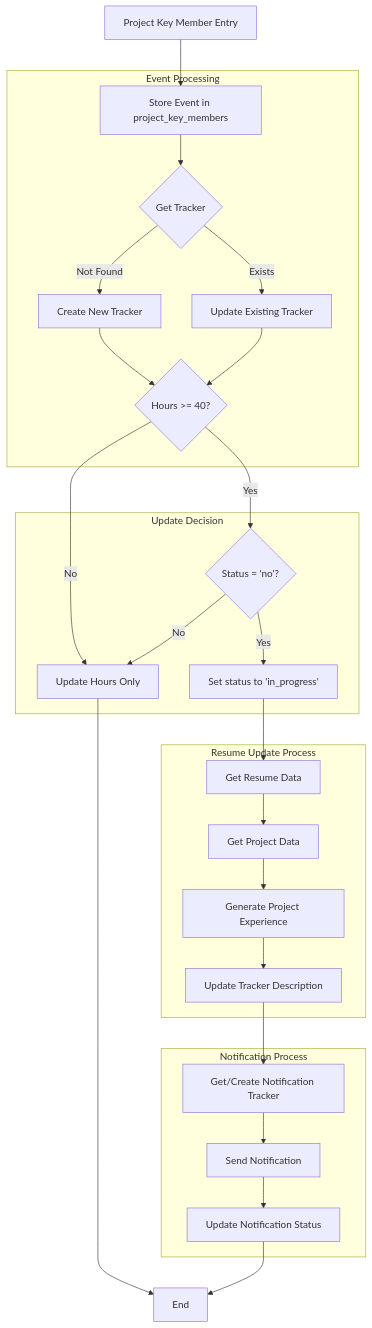
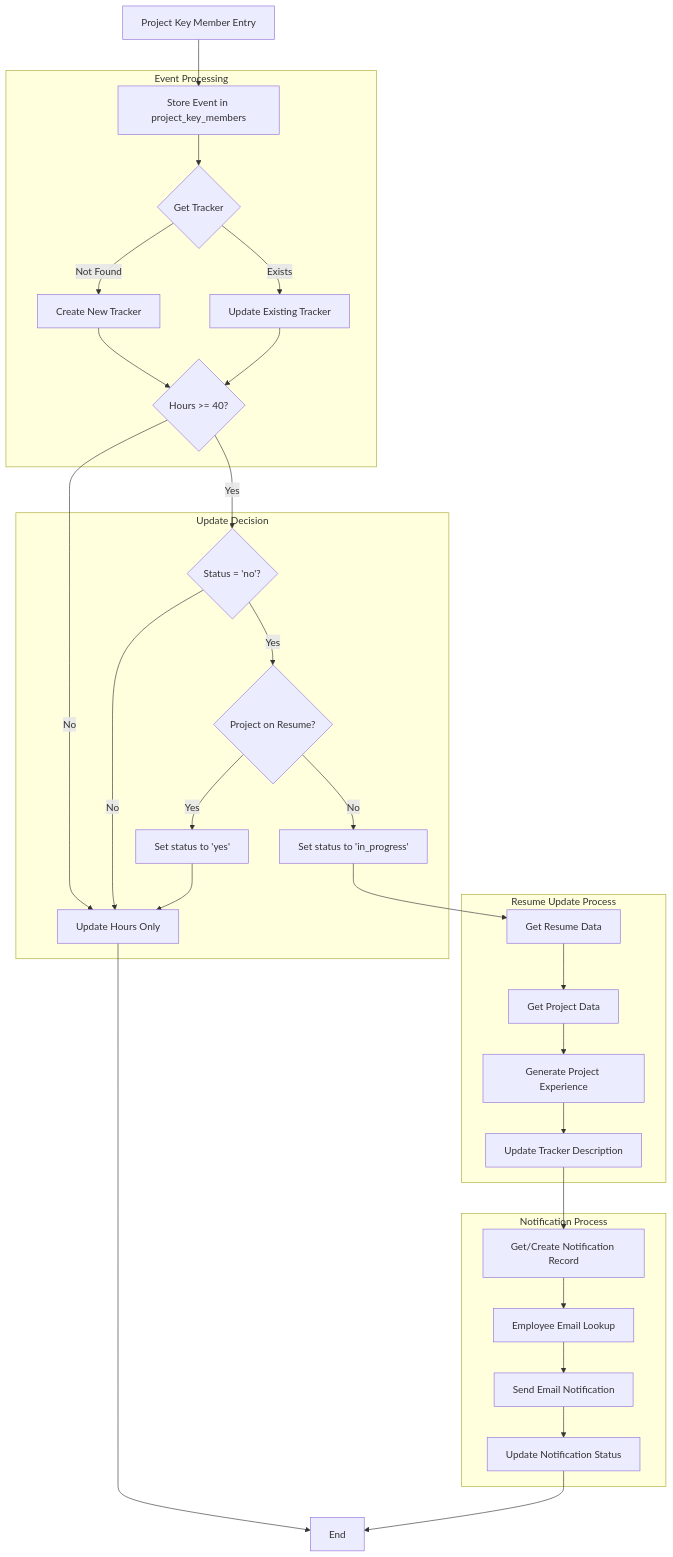
Before and after one commit to microsoft/auto-resume-builder: the first of 5 diagrams in design_doc.md, drawn with Mermaid. The commit also changed other lines of this file and 4 other files, not shown here.

````diff
--- a/design_doc.md
+++ b/design_doc.md
@@ -109,61 +84,68 @@
 ```mermaid
 flowchart TD
     %% Input Section
     A[Project Key Member Entry]
 
     %% Event Processing Section
     subgraph Event_Processing[Event Processing]
         D[Store Event in project_key_members]
         E{Get Tracker}
         F[Create New Tracker]
         G[Update Existing Tracker]
         
         E -->|Not Found| F
         E -->|Exists| G
         F --> H
         G --> H
     end
 
     %% Update Decision Section
     subgraph Update_Decision[Update Decision]
         H{Hours >= 40?}
         I{Status = 'no'?}
+        L{Project on Resume?}
+        M[Set status to 'yes']
         J[Set status to 'in_progress']
         K[Update Hours Only]
         
         H -->|No| K
         H -->|Yes| I
         I -->|No| K
-        I -->|Yes| J
+        I -->|Yes| L
+        L -->|Yes| M
+        M --> K
+        L -->|No| J
     end
 
     %% Resume Update Process Section
     subgraph Resume_Update[Resume Update Process]
         R1[Get Resume Data]
         R2[Get Project Data]
         R3[Generate Project Experience]
         R4[Update Tracker Description]
         
         R1 --> R2
         R2 --> R3
         R3 --> R4
     end
 
     %% Immediate Notification Process
     subgraph Notification[Notification Process]
-        N1[Get/Create Notification Tracker]
-        N2[Send Notification]
+        N1[Get/Create Notification Record]
+        N4[Employee Email Lookup]
+        N2[Send Email Notification]
         N3[Update Notification Status]
         
-        N1 --> N2
+        N1 --> N4
+        N4 --> N2
         N2 --> N3
     end
 
     %% Main Flow
     A --> D
     D --> E
     J --> R1
     R4 --> N1
     K --> End[End]
     N3 --> End
 ```
````
